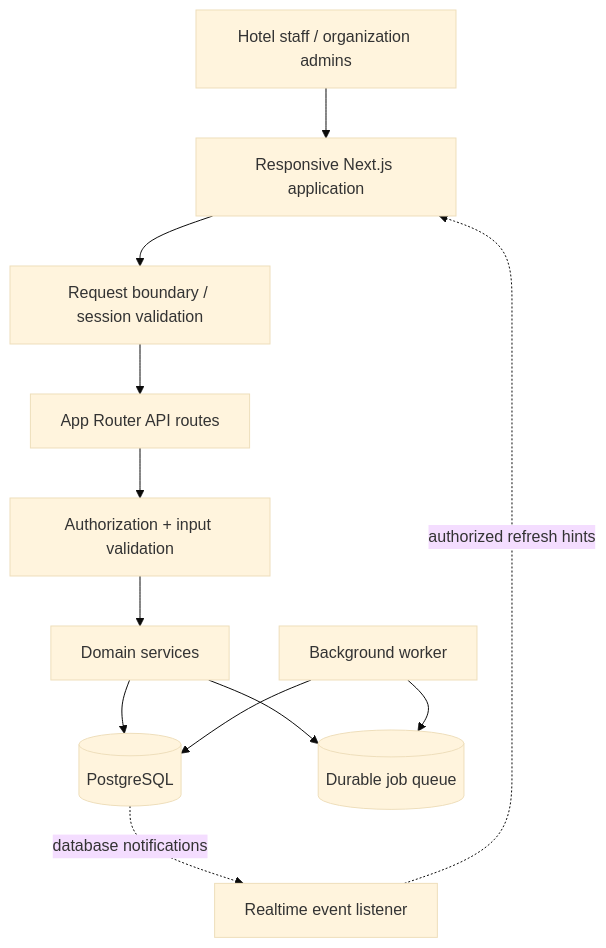
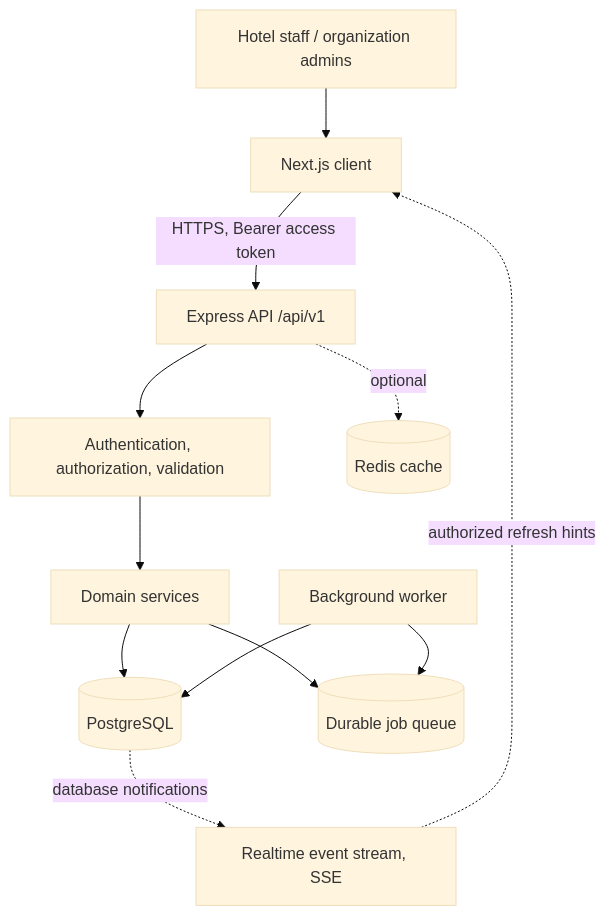
One commit to syedasjadabbas/serene-management changed the first of 2 diagrams in README.md. Above: the diagram before and after it, drawn with Mermaid (base theme). The commit also changed other lines of this file and 1381 other files, not shown here.

````diff
--- a/README.md
+++ b/README.md
@@ -75,14 +75,14 @@
 ```mermaid
 flowchart TB
-    Staff[Hotel staff / organization admins] --> Browser[Responsive Next.js application]
-    Browser --> Proxy[Request boundary / session validation]
-    Proxy --> API[App Router API routes]
-    API --> Access[Authorization + input validation]
+    Staff[Hotel staff / organization admins] --> Client[Next.js client]
+    Client -- "HTTPS, Bearer access token" --> API[Express API /api/v1]
+    API --> Access[Authentication, authorization, validation]
     Access --> Services[Domain services]
     Services --> DB[(PostgreSQL)]
     Services --> Queue[(Durable job queue)]
+    API -. optional .-> Redis[(Redis cache)]
     Worker[Background worker] --> Queue
     Worker --> DB
-    DB -. database notifications .-> Events[Realtime event listener]
-    Events -. authorized refresh hints .-> Browser
+    DB -. database notifications .-> Events[Realtime event stream, SSE]
+    Events -. authorized refresh hints .-> Client
 ```
````
